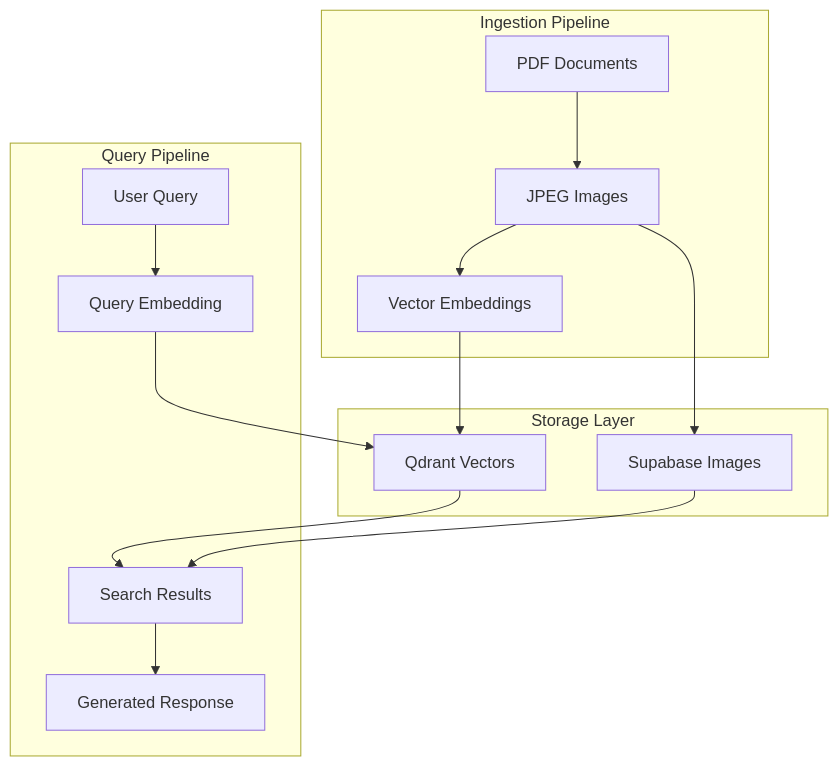
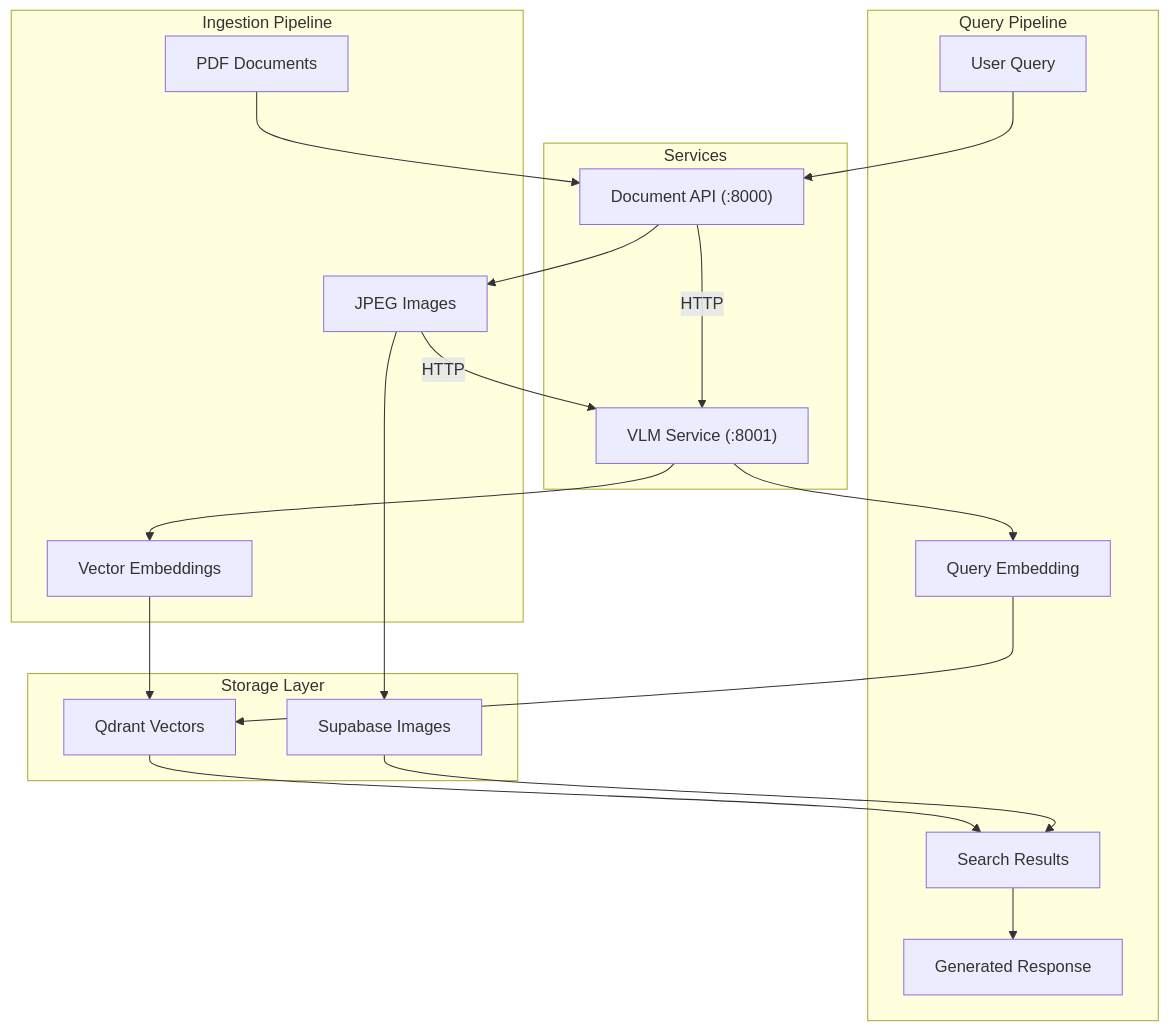
The first of 10 diagrams in docs/data-flow.md (akosgintl/colpali-rag-app), drawn with Mermaid before and after one commit. The commit also changed other lines of this file and 84 other files, not shown here.

Commit message:
refactored to document-api and colpali-vlm projects

````diff
--- a/docs/data-flow.md
+++ b/docs/data-flow.md
@@ -7,28 +7,40 @@
 ```mermaid
 graph TB
     subgraph Ingestion["Ingestion Pipeline"]
         PDF["PDF Documents"]
         Images["JPEG Images"]
         Embeddings["Vector Embeddings"]
     end
 
     subgraph Query["Query Pipeline"]
         UserQuery["User Query"]
         QueryEmbed["Query Embedding"]
         Results["Search Results"]
         Response["Generated Response"]
     end
 
+    subgraph Services["Services"]
+        API["Document API (:8000)"]
+        VLM["VLM Service (:8001)"]
+    end
+
     subgraph Storage["Storage Layer"]
         Qdrant["Qdrant Vectors"]
         Supabase["Supabase Images"]
     end
 
-    PDF --> Images --> Embeddings --> Qdrant
+    PDF --> API
+    API --> Images
+    Images -->|HTTP| VLM
+    VLM --> Embeddings
+    Embeddings --> Qdrant
     Images --> Supabase
 
-    UserQuery --> QueryEmbed --> Qdrant
+    UserQuery --> API
+    API -->|HTTP| VLM
+    VLM --> QueryEmbed
+    QueryEmbed --> Qdrant
     Qdrant --> Results
     Supabase --> Results
     Results --> Response
 ```
````
